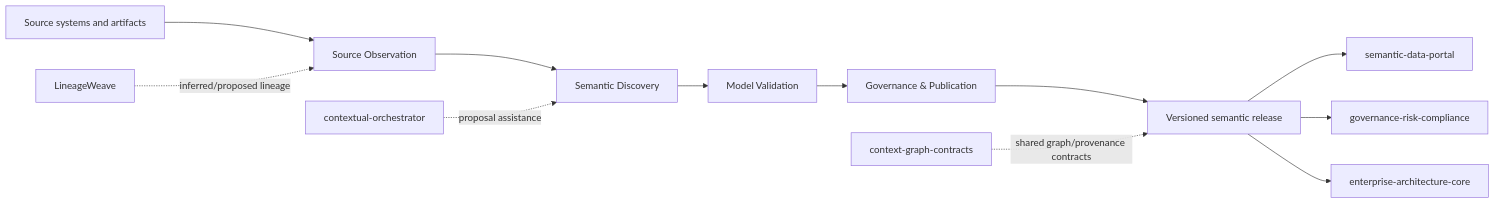
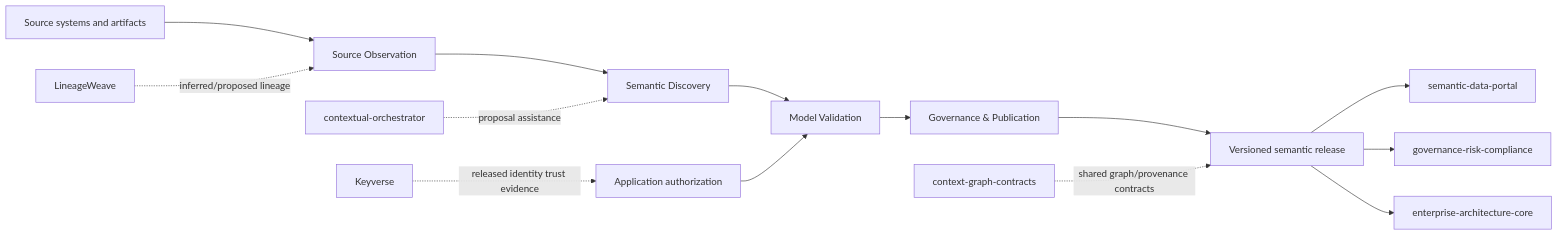
Before and after one commit to ContextualWisdomLab/ConceptWeave: the diagram in ARCHITECTURE.md, drawn with Mermaid. The commit also changed other lines of this file, not shown here.

Commit message:
docs(procedural): align architecture with application trust boundary

````diff
--- a/ARCHITECTURE.md
+++ b/ARCHITECTURE.md
@@ -7,15 +7,17 @@
 ```mermaid
 flowchart LR
     S[Source systems and artifacts] --> O[Source Observation]
     O --> D[Semantic Discovery]
     D --> V[Model Validation]
     V --> G[Governance & Publication]
     G --> P[Versioned semantic release]
 
     CO[contextual-orchestrator] -. proposal assistance .-> D
     LW[LineageWeave] -. inferred/proposed lineage .-> O
+    KV[Keyverse] -. released identity trust evidence .-> A[Application authorization]
+    A --> V
     CG[context-graph-contracts] -. shared graph/provenance contracts .-> P
     P --> SDP[semantic-data-portal]
     P --> GRC[governance-risk-compliance]
     P --> EA[enterprise-architecture-core]
 ```
````
